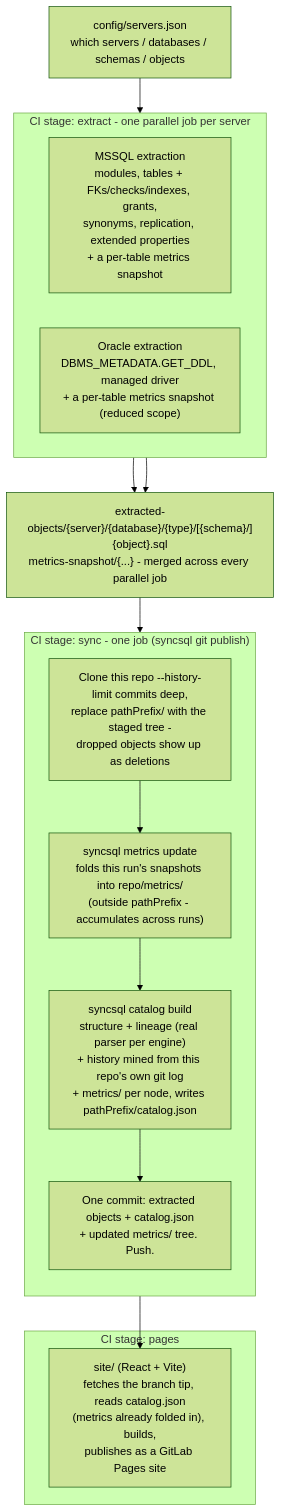
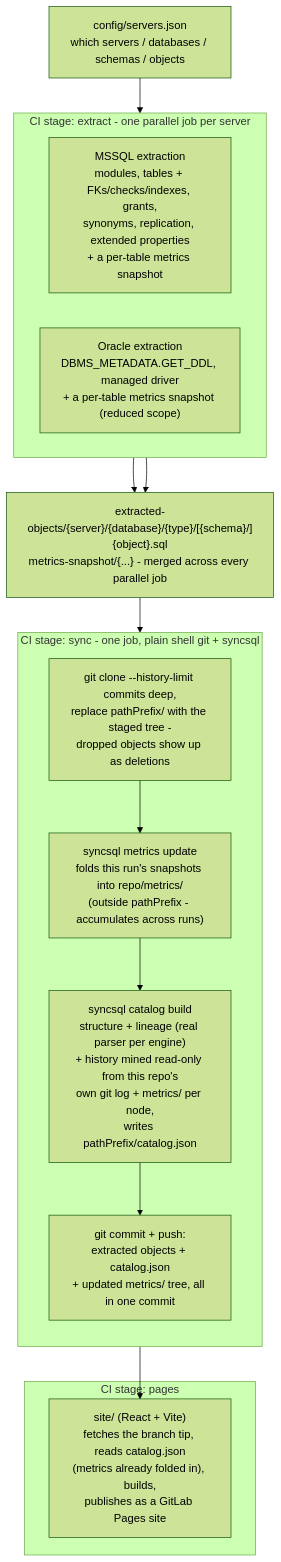
The diagram in README.md (cangelosilima/SyncSQL), drawn with Mermaid (forest theme) before and after one commit. The commit also changed other lines of this file and 16 other files, not shown here.

````diff
--- a/README.md
+++ b/README.md
@@ -26,31 +29,31 @@
 ```mermaid
 flowchart TD
     config["config/servers.json<br/>which servers / databases / schemas / objects"]
 
     subgraph extract["CI stage: extract - one parallel job per server"]
         direction LR
         mssql["MSSQL extraction<br/>modules, tables + FKs/checks/indexes, grants,<br/>synonyms, replication, extended properties<br/>+ a per-table metrics snapshot"]
         oracle["Oracle extraction<br/>DBMS_METADATA.GET_DDL, managed driver<br/>+ a per-table metrics snapshot (reduced scope)"]
     end
 
     staged["extracted-objects/{server}/{database}/{type}/[{schema}/]{object}.sql<br/>metrics-snapshot/{...} - merged across every parallel job"]
 
-    subgraph sync["CI stage: sync - one job (syncsql git publish)"]
+    subgraph sync["CI stage: sync - one job, plain shell git + syncsql"]
         direction TB
-        clone["Clone this repo --history-limit commits deep,<br/>replace pathPrefix/ with the staged tree -<br/>dropped objects show up as deletions"]
+        clone["git clone --history-limit commits deep,<br/>replace pathPrefix/ with the staged tree -<br/>dropped objects show up as deletions"]
         metrics["syncsql metrics update<br/>folds this run's snapshots into repo/metrics/<br/>(outside pathPrefix - accumulates across runs)"]
-        catalog["syncsql catalog build<br/>structure + lineage (real parser per engine)<br/>+ history mined from this repo's own git log<br/>+ metrics/ per node, writes pathPrefix/catalog.json"]
-        commit["One commit: extracted objects + catalog.json<br/>+ updated metrics/ tree. Push."]
+        catalog["syncsql catalog build<br/>structure + lineage (real parser per engine)<br/>+ history mined read-only from this repo's<br/>own git log + metrics/ per node,<br/>writes pathPrefix/catalog.json"]
+        commit["git commit + push:<br/>extracted objects + catalog.json<br/>+ updated metrics/ tree, all in one commit"]
         clone --> metrics --> catalog --> commit
     end
 
     subgraph pages["CI stage: pages"]
         site["site/ (React + Vite)<br/>fetches the branch tip, reads catalog.json<br/>(metrics already folded in), builds,<br/>publishes as a GitLab Pages site"]
     end
 
     config --> extract
     mssql --> staged
     oracle --> staged
     staged --> sync
     commit --> site
 ```
````
